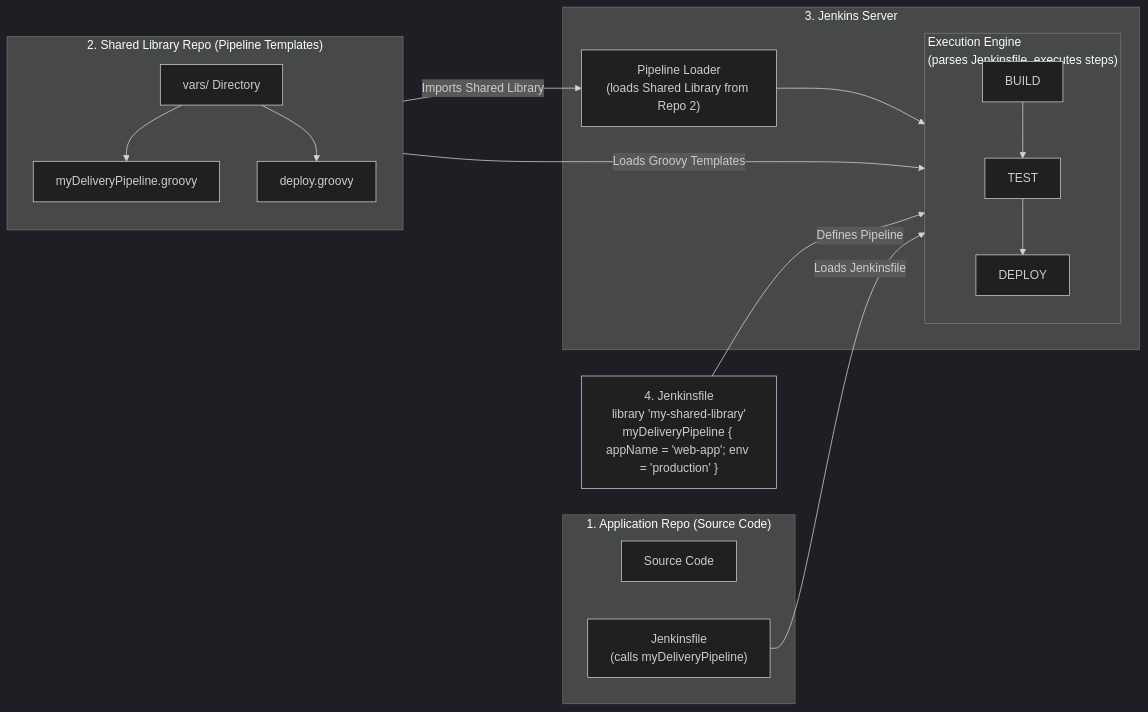
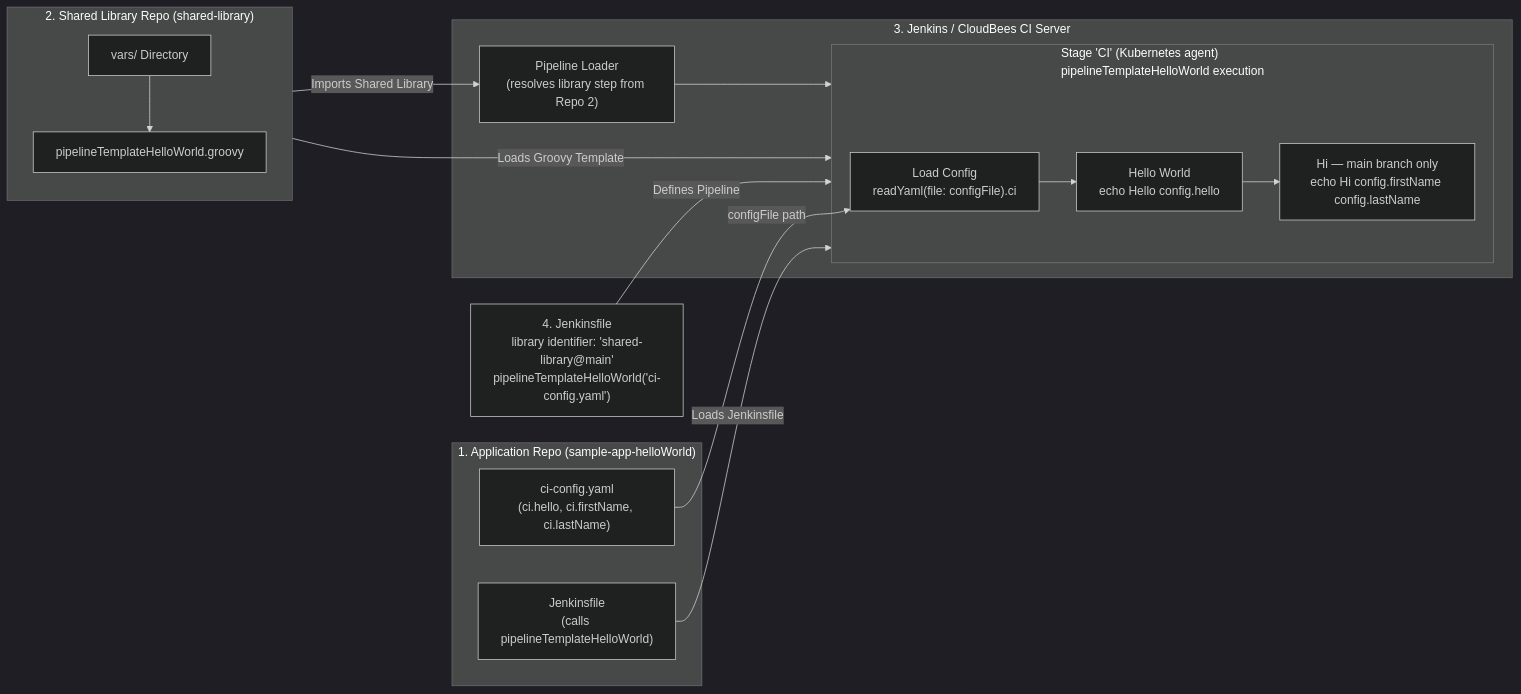
One commit to pipeline-training-ws/sample-app-helloworld changed the diagram in README.md. Above: the diagram before and after it, drawn with Mermaid (dark theme).

````diff
--- a/README.md
+++ b/README.md
@@ -32,30 +32,29 @@
 ```mermaid
 flowchart LR
-    subgraph Repo1["1. Application Repo (Source Code)"]
-        Source["Source Code"]
-        JF["Jenkinsfile<br/>(calls myDeliveryPipeline)"]
+    subgraph Repo1["1. Application Repo (sample-app-helloWorld)"]
+        Source["ci-config.yaml<br/>(ci.hello, ci.firstName, ci.lastName)"]
+        JF["Jenkinsfile<br/>(calls pipelineTemplateHelloWorld)"]
     end
 
-    subgraph Repo2["2. Shared Library Repo (Pipeline Templates)"]
+    subgraph Repo2["2. Shared Library Repo (shared-library)"]
         Vars["vars/ Directory"]
-        MDP["myDeliveryPipeline.groovy"]
-        DeployGroovy["deploy.groovy"]
-        Vars --> MDP
-        Vars --> DeployGroovy
+        PTH["pipelineTemplateHelloWorld.groovy"]
+        Vars --> PTH
     end
 
-    subgraph Server["3. Jenkins Server"]
-        Loader["Pipeline Loader<br/>(loads Shared Library from Repo 2)"]
-        subgraph Engine["Execution Engine<br/>(parses Jenkinsfile, executes steps)"]
-            Build["BUILD"] --> Test["TEST"] --> Deploy["DEPLOY"]
+    subgraph Server["3. Jenkins / CloudBees CI Server"]
+        Loader["Pipeline Loader<br/>(resolves library step from Repo 2)"]
+        subgraph Engine["Stage 'CI' (Kubernetes agent)<br/>pipelineTemplateHelloWorld execution"]
+            LoadConfig["Load Config<br/>readYaml(file: configFile).ci"] --> Hello["Hello World<br/>echo Hello config.hello"] --> Hi["Hi — main branch only<br/>echo Hi config.firstName config.lastName"]
         end
         Loader --> Engine
     end
 
-    JenkinsfileDef["4. Jenkinsfile<br/>library 'my-shared-library'<br/>myDeliveryPipeline { appName = 'web-app'; env = 'production' }"]
+    JenkinsfileDef["4. Jenkinsfile<br/>library identifier: 'shared-library@main'<br/>pipelineTemplateHelloWorld('ci-config.yaml')"]
 
     JF -- "Loads Jenkinsfile" --> Engine
     JenkinsfileDef -- "Defines Pipeline" --> Engine
     Repo2 -- "Imports Shared Library" --> Loader
-    Repo2 -- "Loads Groovy Templates" --> Engine
+    Repo2 -- "Loads Groovy Template" --> Engine
+    Source -- "configFile path" --> LoadConfig
 ```
````
